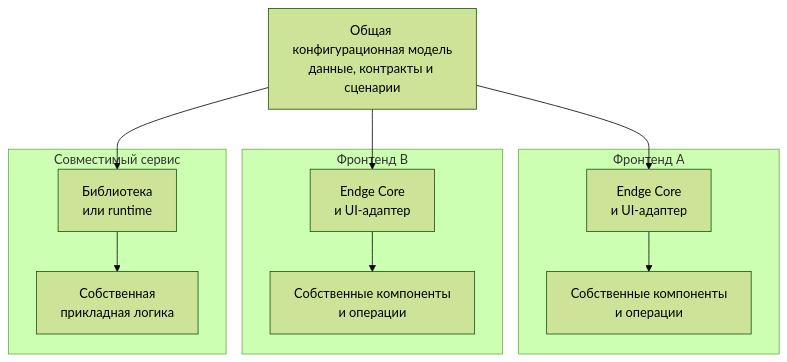
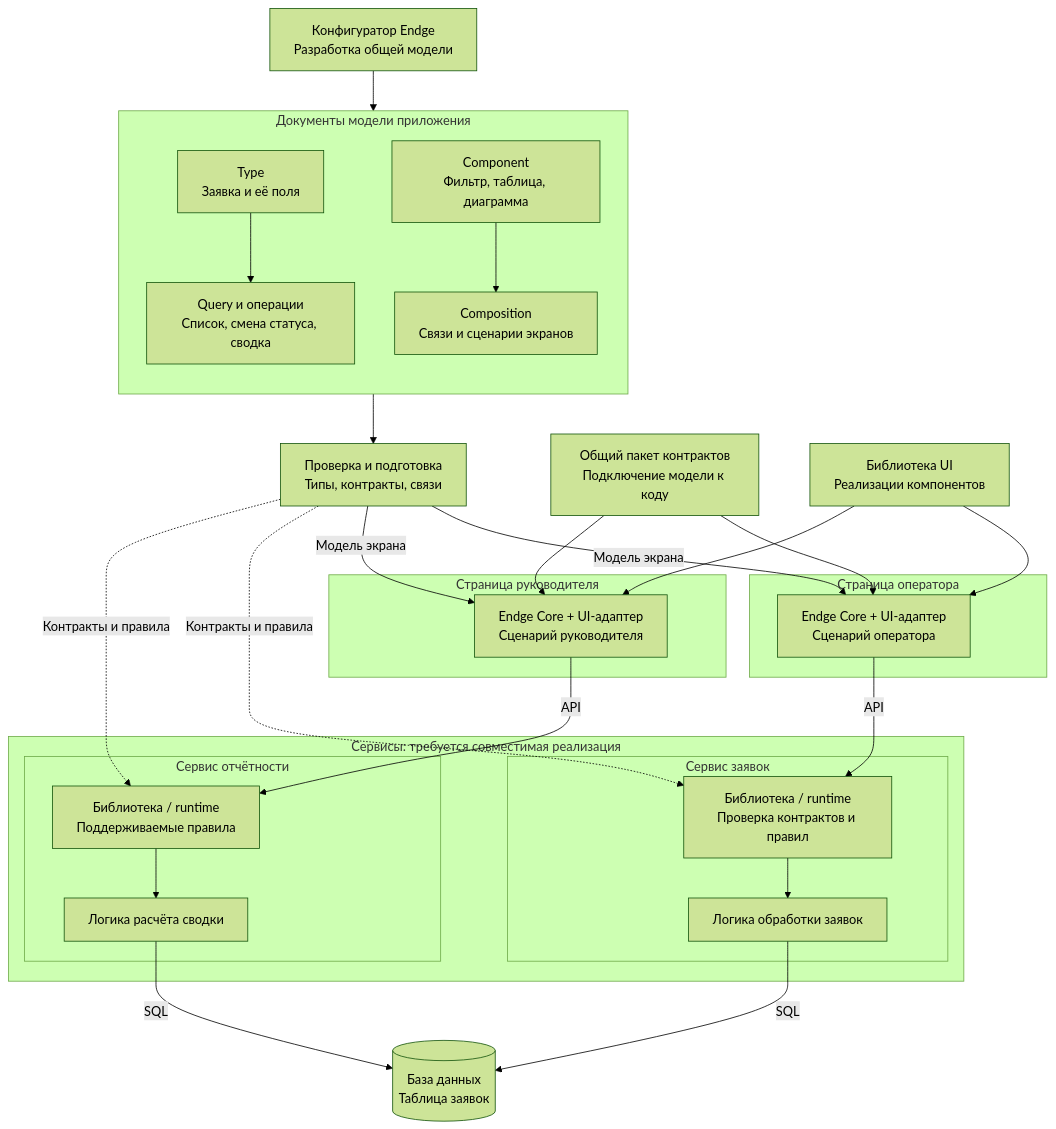
Before and after one commit to endge-lab/configurator-docs: the second of 3 diagrams in docs/index.md, drawn with Mermaid (forest theme). The commit also changed other lines of this file and 2 other files, not shown here.

Commit message:
feat: debugger module (data translation)

````diff
--- a/docs/index.md
+++ b/docs/index.md
@@ -70,20 +75,57 @@
 ```mermaid
 flowchart TB
-  MODEL["Общая конфигурационная модель<br/>данные, контракты и сценарии"] --> R1
-  MODEL --> R2
-  MODEL --> R3
+  CONFIG["Конфигуратор Endge<br/>Разработка общей модели"]
 
-  subgraph FRONT_A["Фронтенд A"]
-    R1["Endge Core<br/>и UI-адаптер"] --> I1["Собственные компоненты<br/>и операции"]
-  end
-  subgraph FRONT_B["Фронтенд B"]
-    R2["Endge Core<br/>и UI-адаптер"] --> I2["Собственные компоненты<br/>и операции"]
-  end
-  subgraph BACK["Совместимый сервис"]
-    R3["Библиотека<br/>или runtime"] --> I3["Собственная<br/>прикладная логика"]
+  subgraph MODEL["Документы модели приложения"]
+    direction TB
+    TYPES["Type<br/>Заявка и её поля"]
+    QUERIES["Query и операции<br/>Список, смена статуса, сводка"]
+    COMPONENTS["Component<br/>Фильтр, таблица, диаграмма"]
+    COMPOSITIONS["Composition<br/>Связи и сценарии экранов"]
+    TYPES --> QUERIES
+    COMPONENTS --> COMPOSITIONS
   end
 
-  class MODEL endgeInput
-  class R1,R2,R3 endgeProcess
-  class I1,I2,I3 endgePackage
+  CONFIG --> MODEL
+  MODEL --> PREPARE["Проверка и подготовка<br/>Типы, контракты, связи"]
+
+  CONTRACTS["Общий пакет контрактов<br/>Подключение модели к коду"]
+  UI["Библиотека UI<br/>Реализации компонентов"]
+
+  subgraph OPERATOR["Страница оператора"]
+    CORE_OP["Endge Core + UI-адаптер<br/>Сценарий оператора"]
+  end
+  subgraph MANAGER["Страница руководителя"]
+    CORE_MGR["Endge Core + UI-адаптер<br/>Сценарий руководителя"]
+  end
+
+  PREPARE -->|Модель экрана| CORE_OP & CORE_MGR
+  CONTRACTS --> CORE_OP & CORE_MGR
+  UI --> CORE_OP & CORE_MGR
+
+  subgraph SERVICES["Сервисы: требуется совместимая реализация"]
+    subgraph REQUESTS["Сервис заявок"]
+      RT_REQ["Библиотека / runtime<br/>Проверка контрактов и правил"]
+      LOGIC_REQ["Логика обработки заявок"]
+      RT_REQ --> LOGIC_REQ
+    end
+    subgraph REPORTS["Сервис отчётности"]
+      RT_REP["Библиотека / runtime<br/>Поддерживаемые правила"]
+      LOGIC_REP["Логика расчёта сводки"]
+      RT_REP --> LOGIC_REP
+    end
+  end
+
+  CORE_OP -->|API| RT_REQ
+  CORE_MGR -->|API| RT_REP
+  PREPARE -.->|Контракты и правила| RT_REQ & RT_REP
+  LOGIC_REQ -->|SQL| DB
+  LOGIC_REP -->|SQL| DB
+  DB[("База данных<br/>Таблица заявок")]
+
+  class CONFIG endgeInput
+  class TYPES,QUERIES,COMPONENTS,COMPOSITIONS endgeRegistry
+  class PREPARE,CORE_OP,CORE_MGR,RT_REQ,RT_REP endgeProcess
+  class CONTRACTS,UI,LOGIC_REQ,LOGIC_REP endgePackage
+  class DB endgeTerminal
 ```
````
